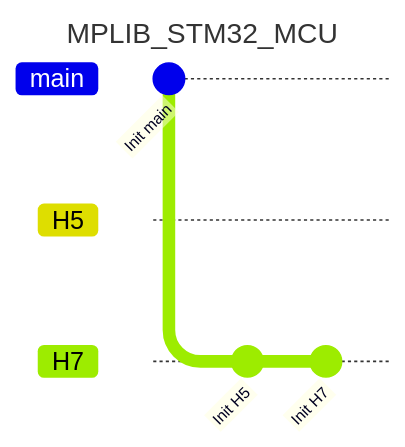
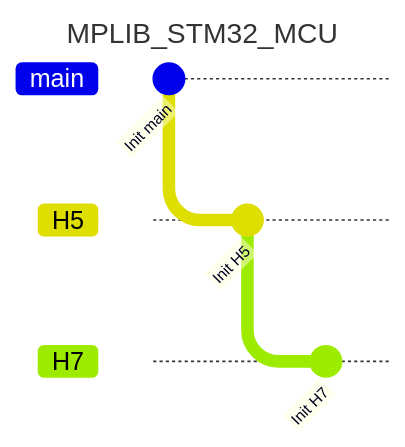
The second of 4 diagrams in README.md (packetqc/MPLIB), drawn with Mermaid before and after one commit. The commit also changed other lines of this file, not shown here.

````diff
--- a/README.md
+++ b/README.md
@@ -32,11 +32,11 @@
 ```mermaid
 ---
 title: MPLIB_STM32_MCU
 ---
 gitGraph
 commit id: "Init main"
 branch H5
+commit id: "Init H5"
 branch H7
-commit id: "Init H5"
 commit id: "Init H7"
 ```
````
